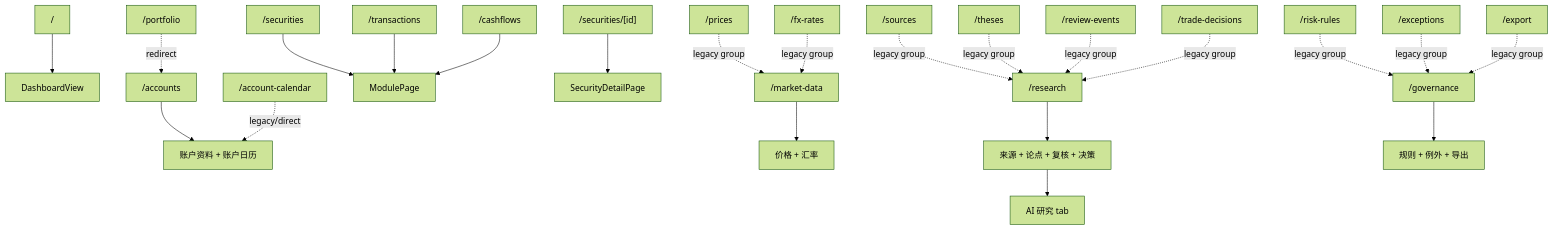
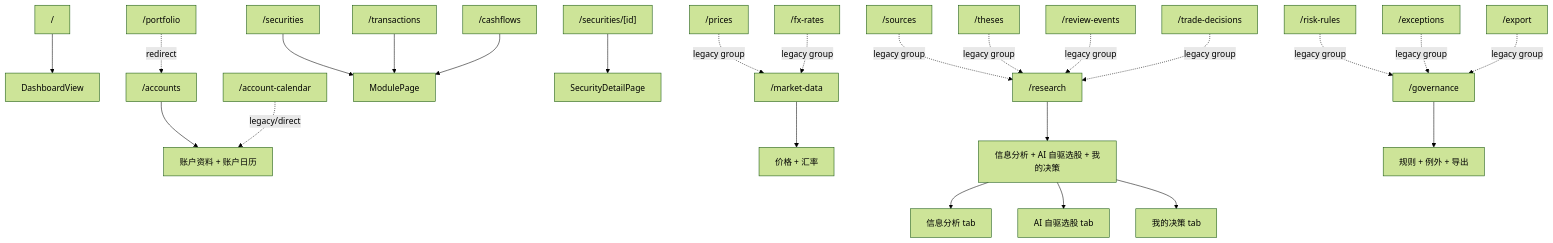
Before and after one commit to wongziu/Personal-Financial-Tools: the sixth of 8 diagrams in docs/function-knowledge-graph.md, drawn with Mermaid (forest theme). The commit also changed other lines of this file and 36 other files, not shown here.

````diff
--- a/docs/function-knowledge-graph.md
+++ b/docs/function-knowledge-graph.md
@@ -217,28 +228,30 @@
 ```mermaid
 flowchart TB
   Root["/"] --> Dashboard["DashboardView"]
   Accounts["/accounts"] --> AccountsWorkspace["账户资料 + 账户日历"]
   Portfolio["/portfolio"] -.->|redirect| Accounts
   AccountCalendar["/account-calendar"] -.->|legacy/direct| AccountsWorkspace
 
   SecuritiesRoute["/securities"] --> ModulePage["ModulePage"]
   SecurityDetail["/securities/[id]"] --> SecurityDetailPage["SecurityDetailPage"]
   TransactionsRoute["/transactions"] --> ModulePage
   CashflowsRoute["/cashflows"] --> ModulePage
 
   Market["/market-data"] --> MarketWorkspace["价格 + 汇率"]
   PricesRoute["/prices"] -.->|legacy group| Market
   FxRoute["/fx-rates"] -.->|legacy group| Market
 
-  Research["/research"] --> ResearchWorkspace["来源 + 论点 + 复核 + 决策"]
+  Research["/research"] --> ResearchWorkspace["信息分析 + AI 自驱选股 + 我的决策"]
   SourcesRoute["/sources"] -.->|legacy group| Research
   ThesesRoute["/theses"] -.->|legacy group| Research
   EventsRoute["/review-events"] -.->|legacy group| Research
   DecisionsRoute["/trade-decisions"] -.->|legacy group| Research
-  ResearchWorkspace --> ResearchAiTab["AI 研究 tab"]
+  ResearchWorkspace --> InfoAnalysisTab["信息分析 tab"]
+  ResearchWorkspace --> AiPicksTab["AI 自驱选股 tab"]
+  ResearchWorkspace --> MyDecisionsTab["我的决策 tab"]
 
   Governance["/governance"] --> GovernanceWorkspace["规则 + 例外 + 导出"]
   RiskRoute["/risk-rules"] -.->|legacy group| Governance
   ExceptionsRoute["/exceptions"] -.->|legacy group| Governance
   ExportRoute["/export"] -.->|legacy group| Governance
 ```
````
